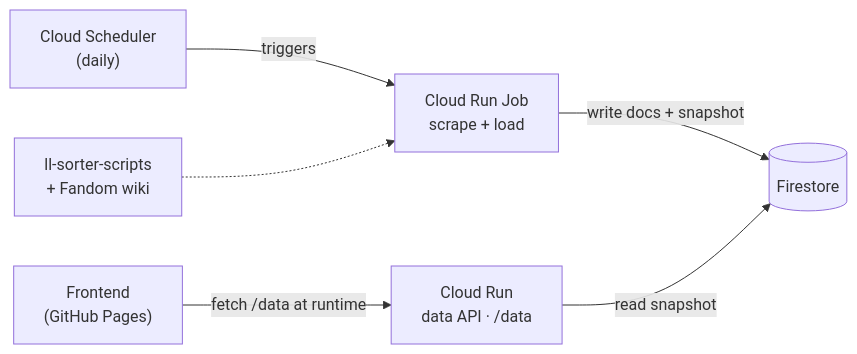
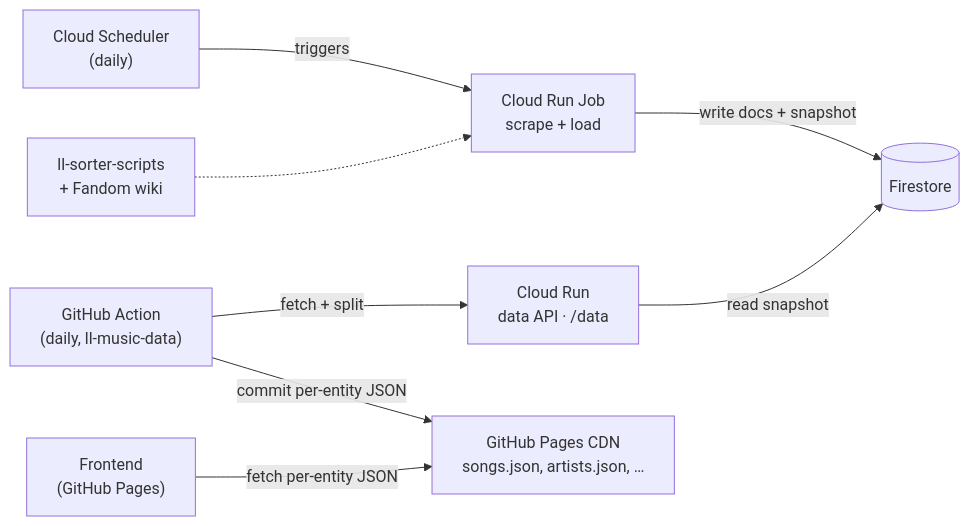
One commit to mting314/ll-music-reactions changed the diagram in README.md. Above: the diagram before and after it, drawn with Mermaid. The commit also changed other lines of this file and 10 other files, not shown here.

First line of the commit message:
Serve data as per-entity JSON from GitHub Pages (drop Firebase) (#21)

````diff
--- a/README.md
+++ b/README.md
@@ -78,8 +79,10 @@
 ```mermaid
 flowchart LR
     SCH["Cloud Scheduler<br/>(daily)"] -->|triggers| JOB["Cloud Run Job<br/>scrape + load"]
     SCRIPTS["ll-sorter-scripts<br/>+ Fandom wiki"] -.-> JOB
     JOB -->|write docs + snapshot| FS[("Firestore")]
     API["Cloud Run<br/>data API · /data"] -->|read snapshot| FS
-    WEB["Frontend<br/>(GitHub Pages)"] -->|fetch /data at runtime| API
+    GHA["GitHub Action<br/>(daily, ll-music-data)"] -->|fetch + split| API
+    GHA -->|commit per-entity JSON| PAGES["GitHub Pages CDN<br/>songs.json, artists.json, …"]
+    WEB["Frontend<br/>(GitHub Pages)"] -->|fetch per-entity JSON| PAGES
 ```
````
